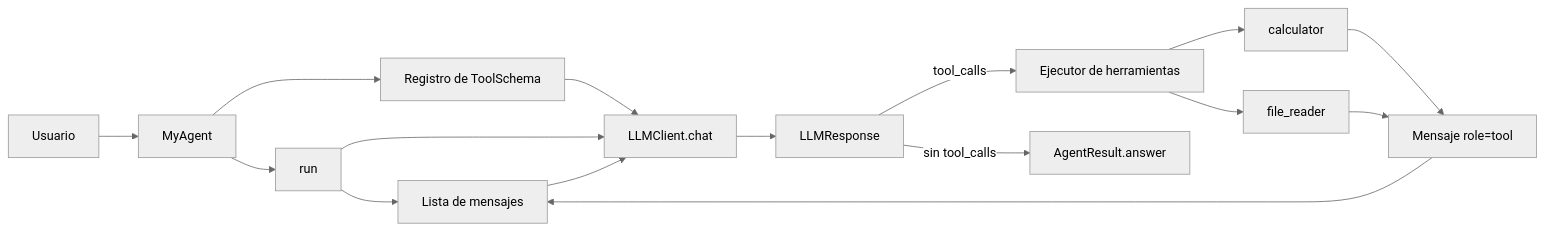
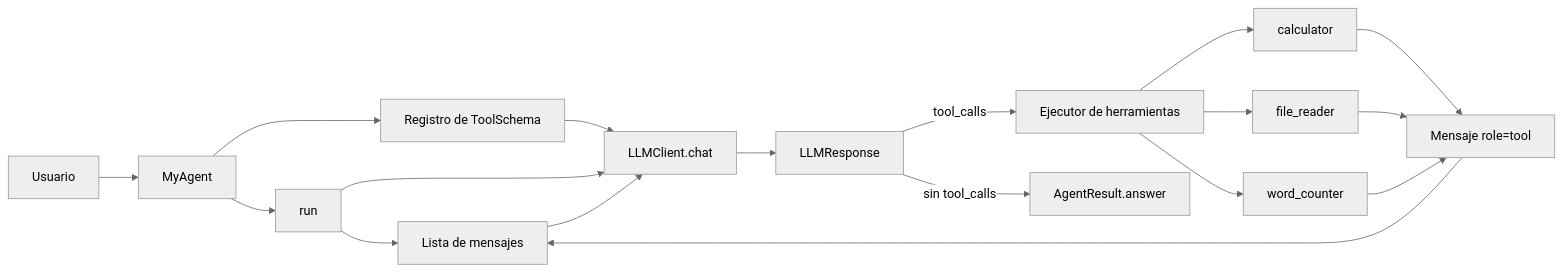
The diagram in INFORME_OBLIGATORIO.md (felipeaguirre66/tp_mia_agentes_2026), drawn with Mermaid (neutral theme) before and after one commit. The commit also changed other lines of this file and 5 other files, not shown here.

Commit message:
word counter

````diff
--- a/INFORME_OBLIGATORIO.md
+++ b/INFORME_OBLIGATORIO.md
@@ -5,18 +5,20 @@
 ```mermaid
 flowchart LR
     U[Usuario] --> MA[MyAgent]
     MA --> R[run]
     MA --> S[Registro de ToolSchema]
     S --> C[LLMClient.chat]
     R --> M[Lista de mensajes]
     R --> C
     C --> LR[LLMResponse]
     LR -->|tool_calls| X[Ejecutor de herramientas]
     X --> T1[calculator]
     X --> T2[file_reader]
+    X --> T3[word_counter]
     T1 --> TM[Mensaje role=tool]
     T2 --> TM
+    T3 --> TM
     TM --> M
     M --> C
     LR -->|sin tool_calls| F[AgentResult.answer]
 ```
````
